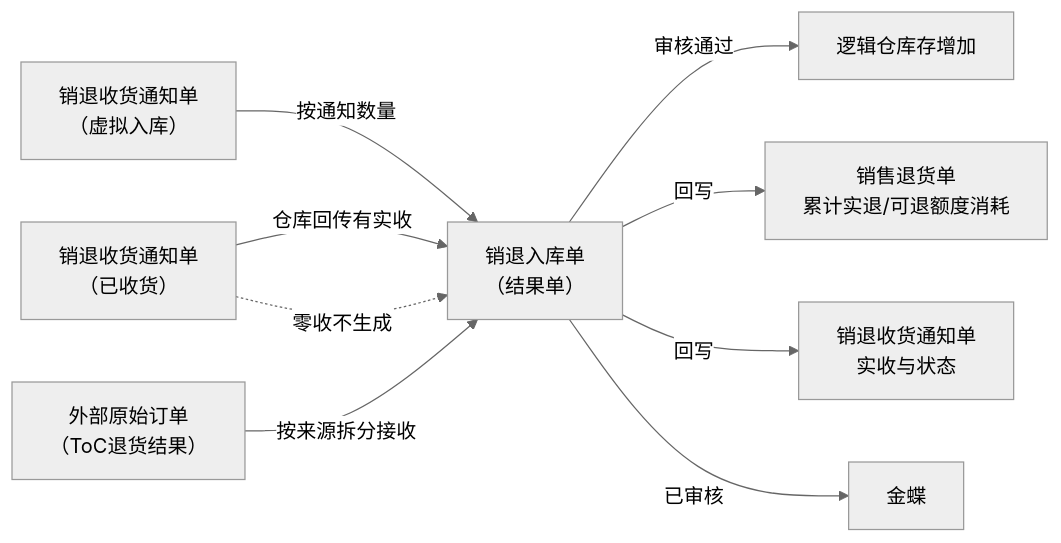
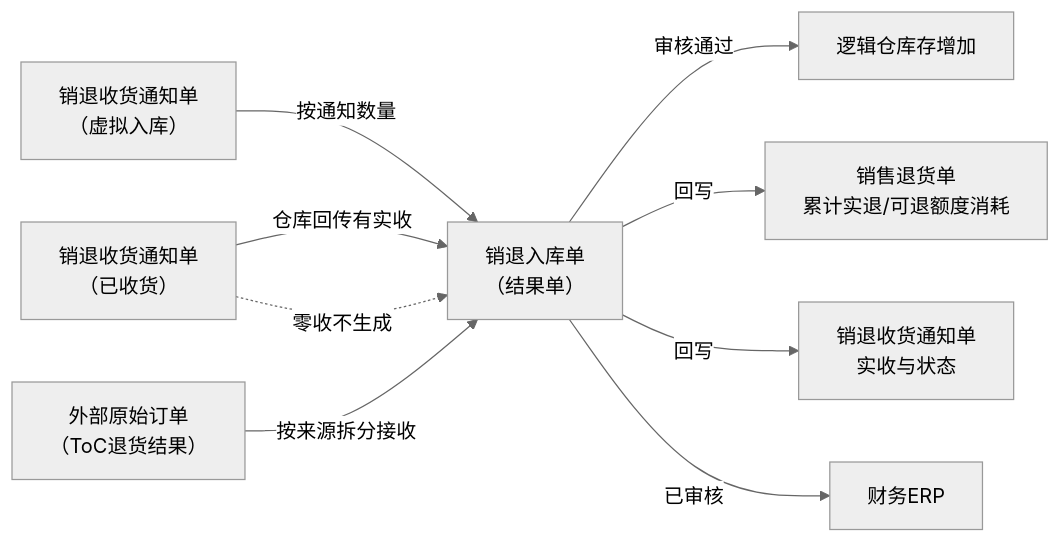
Before and after one commit to TopVitamin/QS-ERP-Project: the first of 3 diagrams in 04-产品设计方案/20260812-ERP项目第一版框架搭建/需求文档PRD/5-销售退货管理/销退入库单/销退入库单主PRD.md, drawn with Mermaid (neutral theme). The commit also changed other lines of this file and 354 other files, not shown here.

````diff
--- a/04-产品设计方案/20260812-ERP项目第一版框架搭建/需求文档PRD/5-销售退货管理/销退入库单/销退入库单主PRD.md
+++ b/04-产品设计方案/20260812-ERP项目第一版框架搭建/需求文档PRD/5-销售退货管理/销退入库单/销退入库单主PRD.md
@@ -111,11 +112,11 @@
 ```mermaid
 flowchart LR
     A["销退收货通知单<br/>（已收货）"] -->|"仓库回传有实收"| B["销退入库单<br/>（结果单）"]
     C["销退收货通知单<br/>（虚拟入库）"] -->|"按通知数量"| B
     D["外部原始订单<br/>（ToC退货结果）"] -->|"按来源拆分接收"| B
     B -->|"审核通过"| E["逻辑仓库存增加"]
     B -->|"回写"| F["销售退货单<br/>累计实退/可退额度消耗"]
     B -->|"回写"| G["销退收货通知单<br/>实收与状态"]
-    B -->|"已审核"| H["金蝶"]
+    B -->|"已审核"| H["财务ERP"]
     A -.->|"零收不生成"| B
 ```
````
